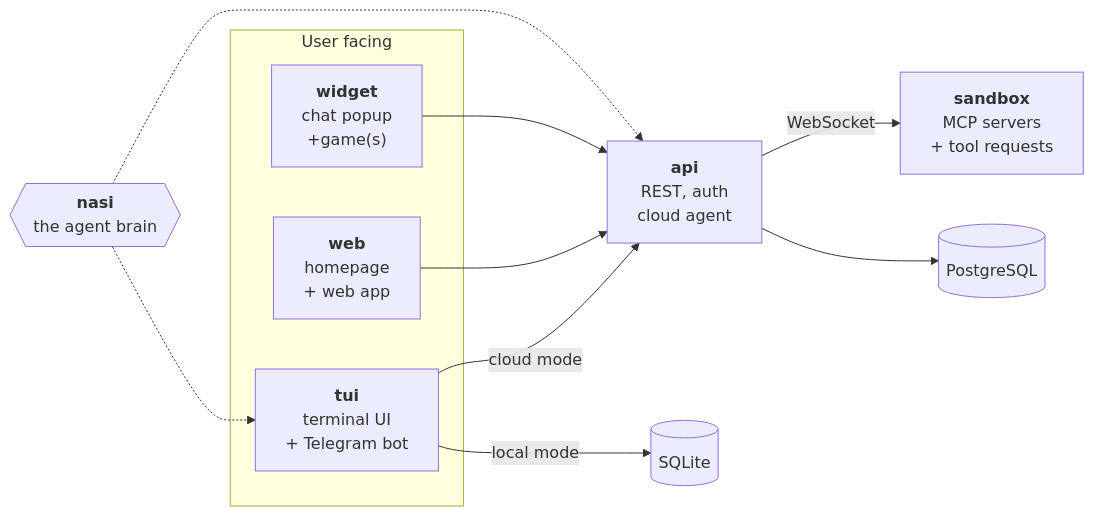
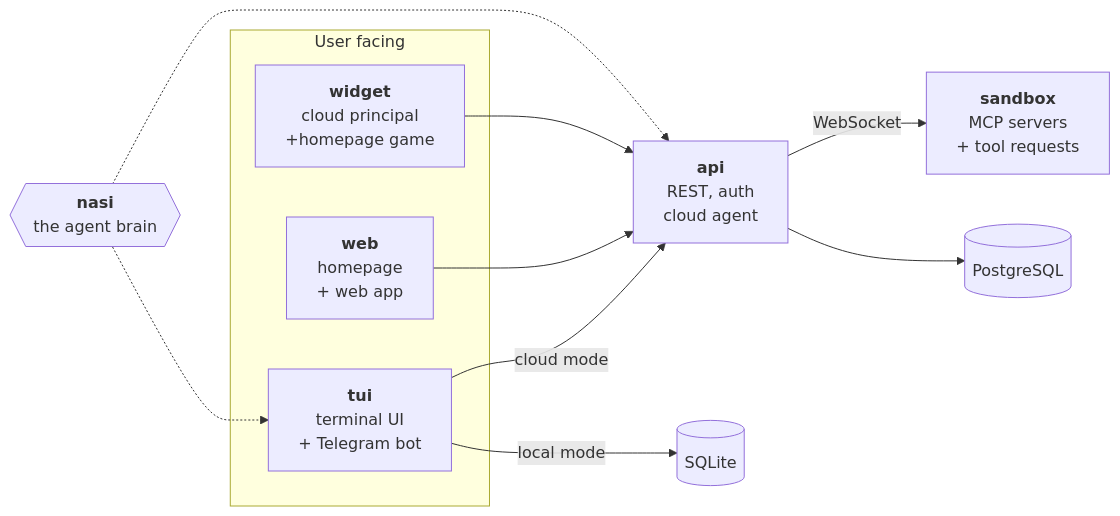
One commit to SubZtep/kaja changed the diagram in README.md. Above: the diagram before and after it, drawn with Mermaid. The commit also changed other lines of this file and 88 other files, not shown here.

````diff
--- a/README.md
+++ b/README.md
@@ -18,23 +18,23 @@
 ```mermaid
 flowchart LR
     subgraph doors["User facing"]
         TUI["<b>tui</b><br>terminal UI<br>+ Telegram bot"]
         WEB["<b>web</b><br>homepage<br>+ web app"]
-        WID["<b>widget</b><br>chat popup<br>+game(s)"]
+        WID["<b>widget</b><br>cloud principal<br>+homepage game"]
     end
 
     API["<b>api</b><br>REST, auth<br>cloud agent"]
     SBX["<b>sandbox</b><br>MCP servers<br>+ tool requests"]
     PG[("PostgreSQL")]
     LITE[("SQLite")]
     NASI{{"<b>nasi</b><br>the agent brain"}}
 
     TUI -->|cloud mode| API
     WEB --> API
     WID --> API
     API -->|WebSocket| SBX
     API --> PG
     TUI -->|local mode| LITE
     NASI -.-> TUI
     NASI -.-> API
 ```
````
